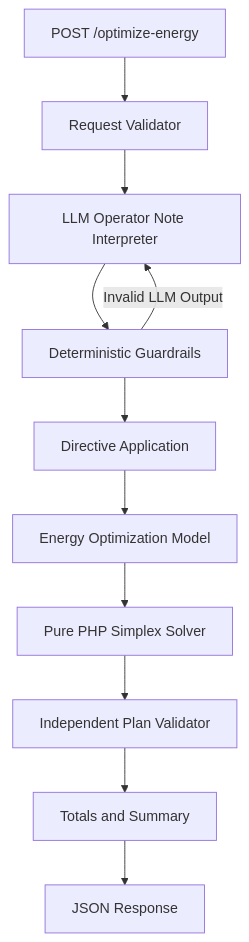
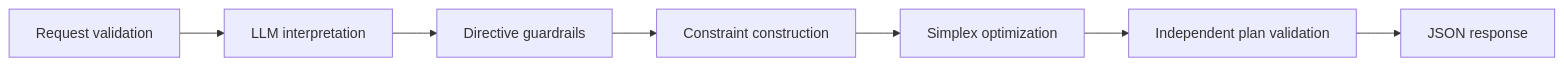
Before and after one commit to naimulislamfabian/GridWise-API: the diagram in README.md, drawn with Mermaid. The commit also changed other lines of this file, not shown here.

````diff
--- a/README.md
+++ b/README.md
@@ -41,23 +35,9 @@
 ```mermaid
-flowchart TD
-
-    A[POST /optimize-energy] --> B[Request Validator]
-
-    B --> C[LLM Operator Note Interpreter]
-
-    C --> D[Deterministic Guardrails]
-
-    D --> E[Directive Application]
-
-    E --> F[Energy Optimization Model]
-
-    F --> G[Pure PHP Simplex Solver]
-
-    G --> H[Independent Plan Validator]
-
-    H --> I[Totals and Summary]
-
-    I --> J[JSON Response]
-
-    D -->|Invalid LLM Output| C
+flowchart LR
+    A[Request validation] --> B[LLM interpretation]
+    B --> C[Directive guardrails]
+    C --> D[Constraint construction]
+    D --> E[Simplex optimization]
+    E --> F[Independent plan validation]
+    F --> G[JSON response]
 ```
````
